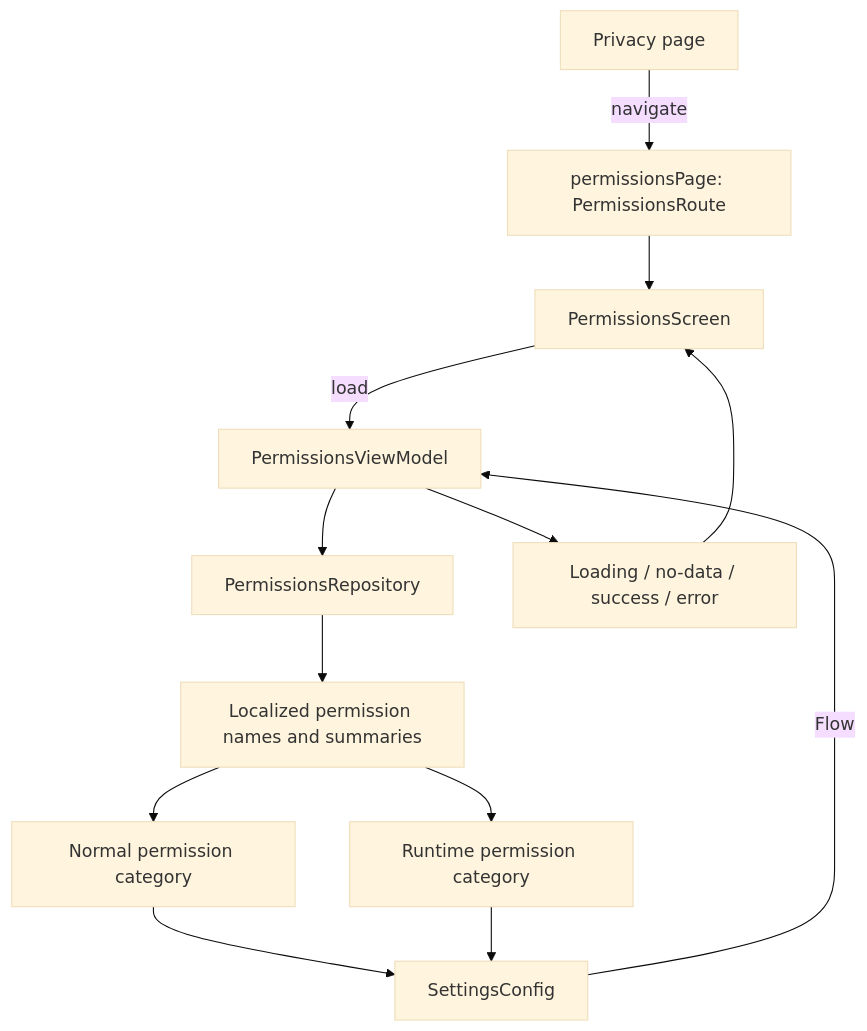
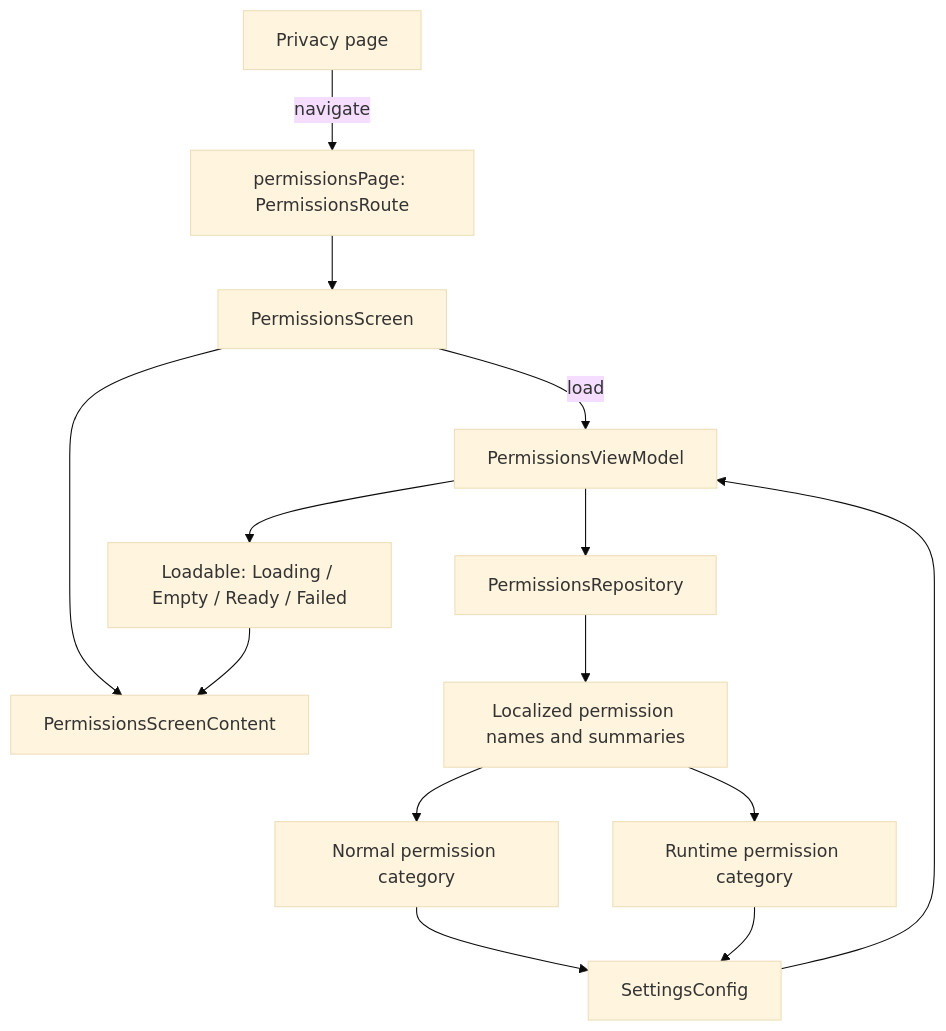
One commit to MihaiCristianCondrea/App-Toolkit-for-Android changed the diagram in library/feature/permissions/README.md. Above: the diagram before and after it, drawn with Mermaid (base theme). The commit also changed other lines of this file and 216 other files, not shown here.

````diff
--- a/library/feature/permissions/README.md
+++ b/library/feature/permissions/README.md
@@ -39,15 +42,16 @@
 ```mermaid
 flowchart TD
     Privacy[Privacy page] -->|navigate| Page[permissionsPage: PermissionsRoute]
     Page --> Screen[PermissionsScreen]
     Screen -->|load| VM[PermissionsViewModel]
+    Screen --> Content[PermissionsScreenContent]
     VM --> Repo[PermissionsRepository]
     Repo --> Resources[Localized permission names and summaries]
     Resources --> Normal[Normal permission category]
     Resources --> Runtime[Runtime permission category]
     Normal --> Config[SettingsConfig]
     Runtime --> Config
-    Config -->|Flow| VM
-    VM --> State[Loading / no-data / success / error]
-    State --> Screen
+    Config --> VM
+    VM --> State[Loadable: Loading / Empty / Ready / Failed]
+    State --> Content
 ```
````
